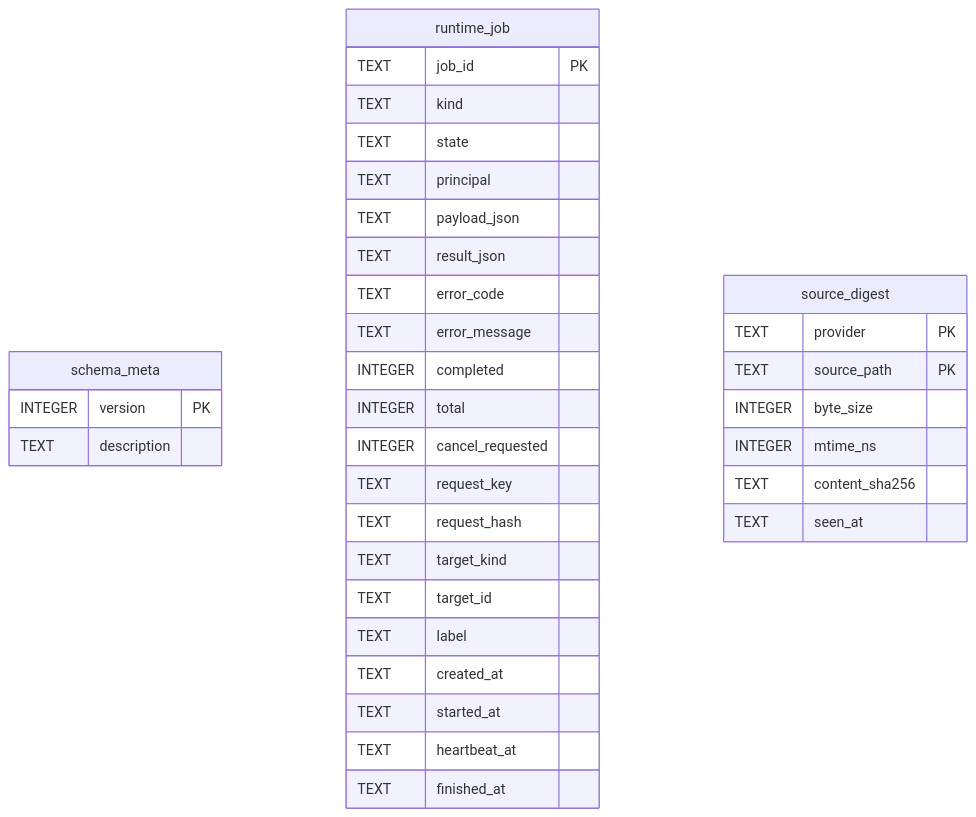
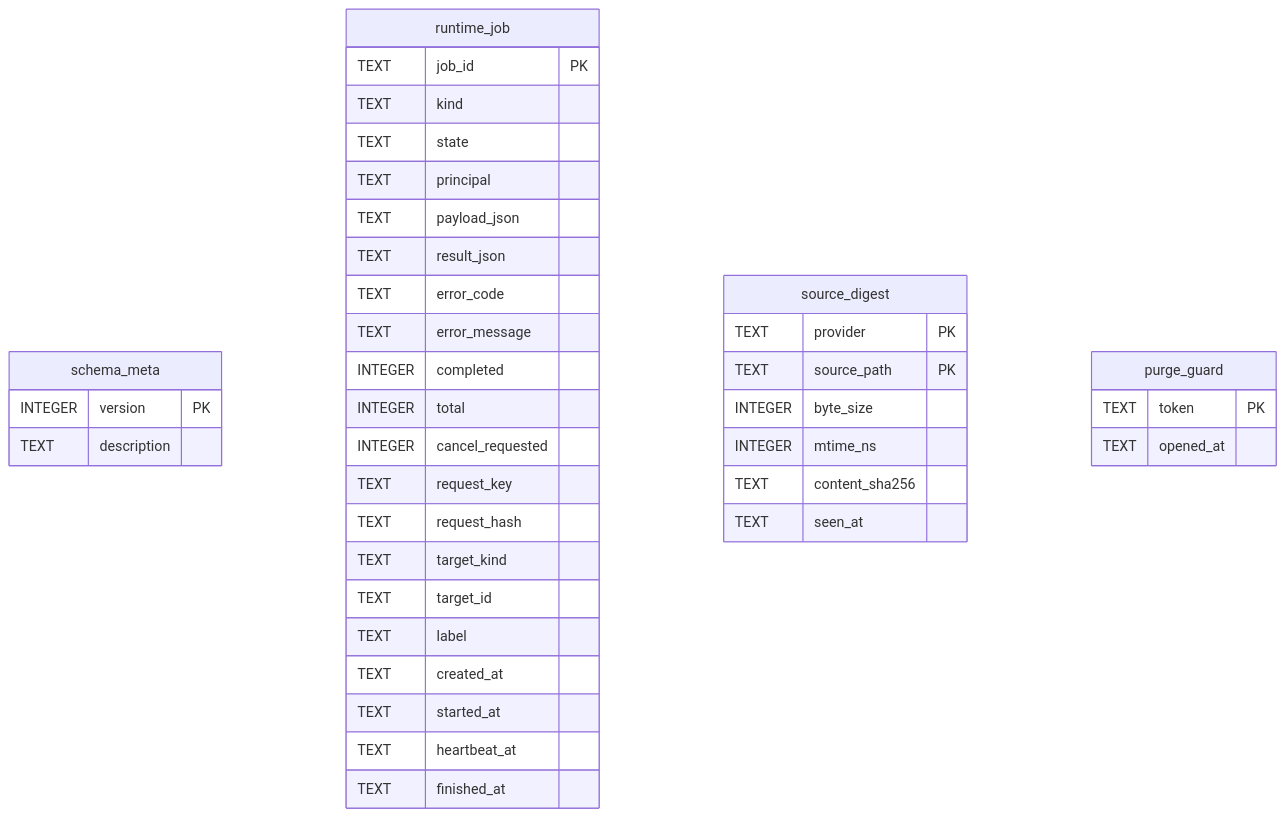
The sixth of 13 diagrams in docs/ARCHITECTURE.md (ujajuck/data_gathering), drawn with Mermaid before and after one commit. The commit also changed other lines of this file and 72 other files, not shown here.

````diff
--- a/docs/ARCHITECTURE.md
+++ b/docs/ARCHITECTURE.md
@@ -347,37 +348,41 @@
 ```mermaid
 erDiagram
     schema_meta {
         INTEGER version PK
         TEXT description
     }
     runtime_job {
         TEXT job_id PK
         TEXT kind
         TEXT state
         TEXT principal
         TEXT payload_json
         TEXT result_json
         TEXT error_code
         TEXT error_message
         INTEGER completed
         INTEGER total
         INTEGER cancel_requested
         TEXT request_key
         TEXT request_hash
         TEXT target_kind
         TEXT target_id
         TEXT label
         TEXT created_at
         TEXT started_at
         TEXT heartbeat_at
         TEXT finished_at
     }
     source_digest {
         TEXT provider PK
         TEXT source_path PK
         INTEGER byte_size
         INTEGER mtime_ns
         TEXT content_sha256
         TEXT seen_at
     }
+    purge_guard {
+        TEXT token PK
+        TEXT opened_at
+    }
 ```
````
